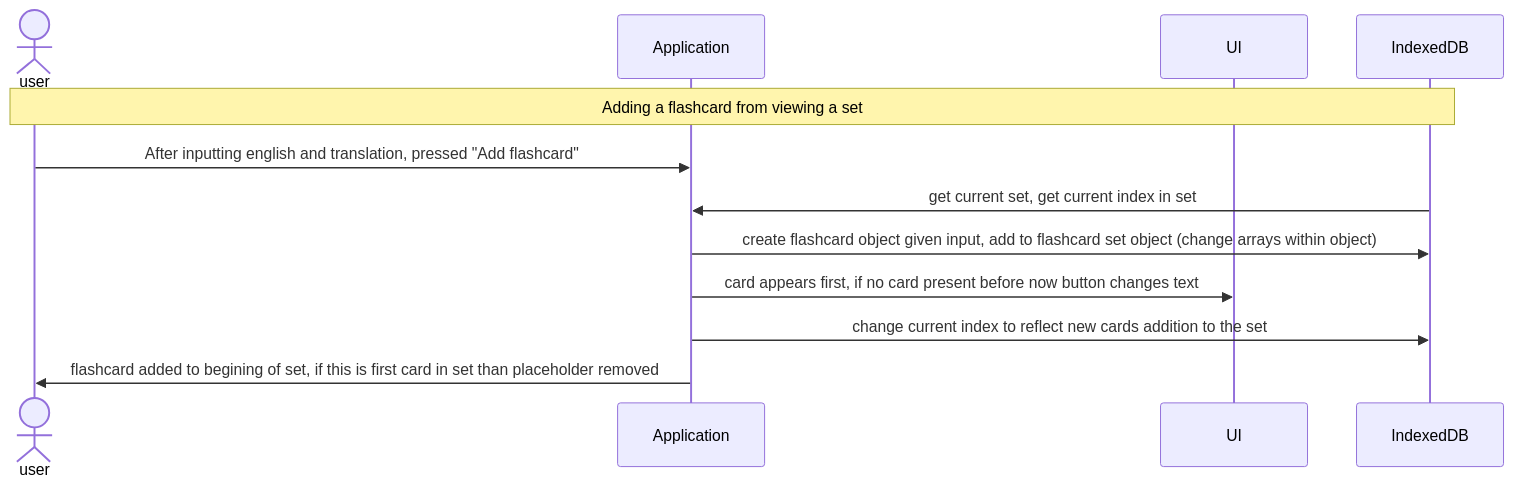
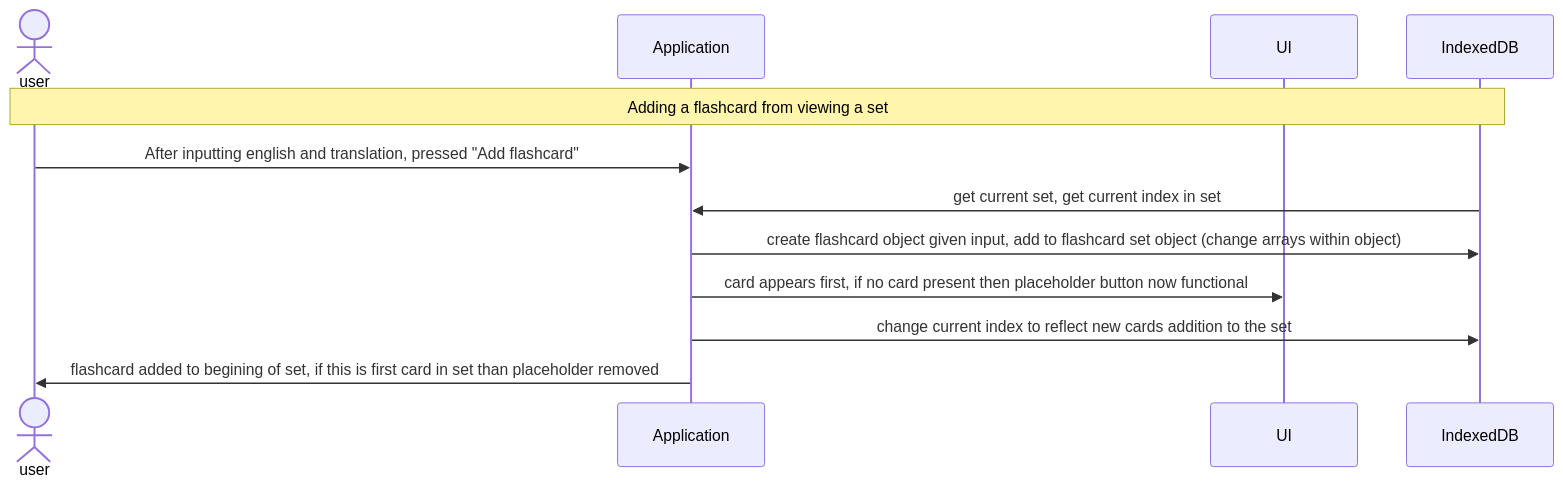
The diagram in mermaid.md (Henry-WK/henry-wk.github.io), drawn with Mermaid before and after one commit.

````diff
--- a/mermaid.md
+++ b/mermaid.md
@@ -1,15 +1,15 @@
 ```mermaid
   sequenceDiagram
   actor user
   participant app as Application
   participant ui as UI
   participant db as IndexedDB
 
   Note over user,db: Adding a flashcard from viewing a set
   user->>app: After inputting english and translation, pressed "Add flashcard" 
   db->>app: get current set, get current index in set
   app->>db: create flashcard object given input, add to flashcard set object (change arrays within object)
-  app->>ui: card appears first, if no card present before now button changes text
+  app->>ui: card appears first, if no card present then placeholder button now functional
   app->>db: change current index to reflect new cards addition to the set
   app->>user: flashcard added to begining of set, if this is first card in set than placeholder removed
 ```
````
